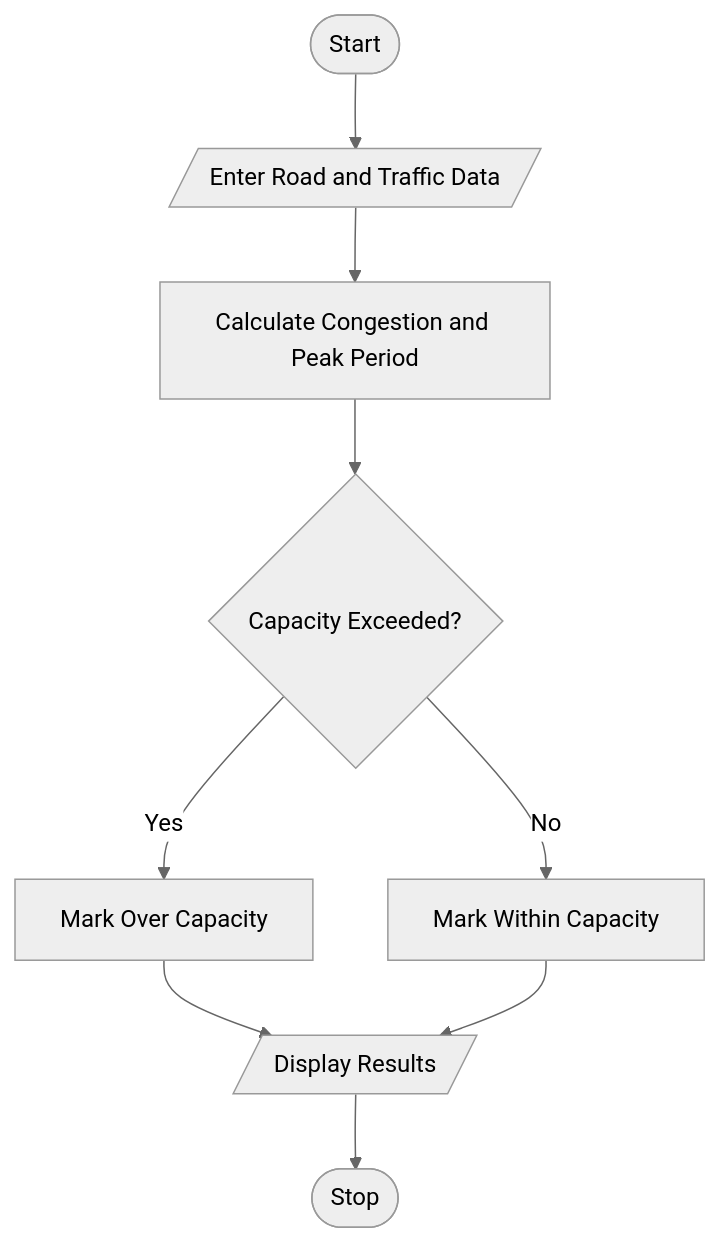
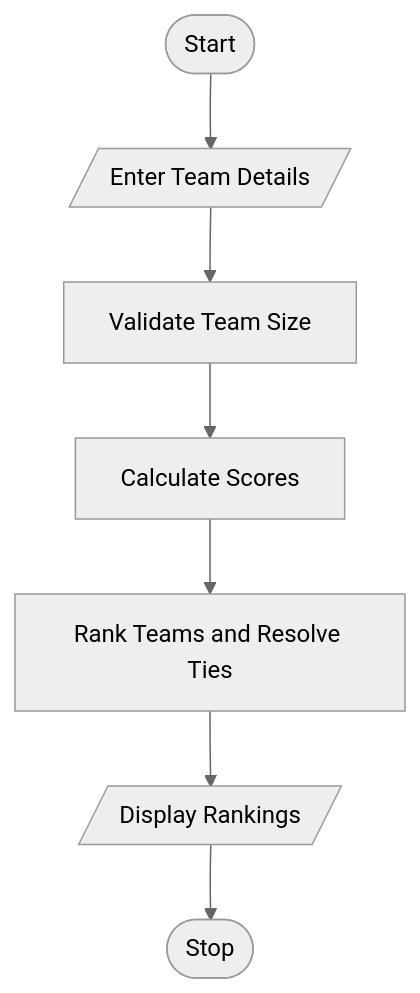
One commit to manasasidda03-byte/Python-Activity-Based-Learning changed the diagram in Task6/Code.md. Above: the diagram before and after it, drawn with Mermaid (neutral theme). The commit also changed other lines of this file, not shown here.

````diff
--- a/Task6/Code.md
+++ b/Task6/Code.md
@@ -21,12 +23,9 @@
 ```mermaid
-
 flowchart TD
-    A([Start]) --> B[/Enter Road and Traffic Data/]
-    B --> C[Calculate Congestion and Peak Period]
-    C --> D{Capacity Exceeded?}
-    D -- Yes --> E[Mark Over Capacity]
-    D -- No --> F[Mark Within Capacity]
-    E --> G[/Display Results/]
-    F --> G
-    G --> H([Stop])
+    A([Start]) --> B[/Enter Team Details/]
+    B --> C[Validate Team Size]
+    C --> D[Calculate Scores]
+    D --> E[Rank Teams and Resolve Ties]
+    E --> F[/Display Rankings/]
+    F --> G([Stop])
 ```
````
